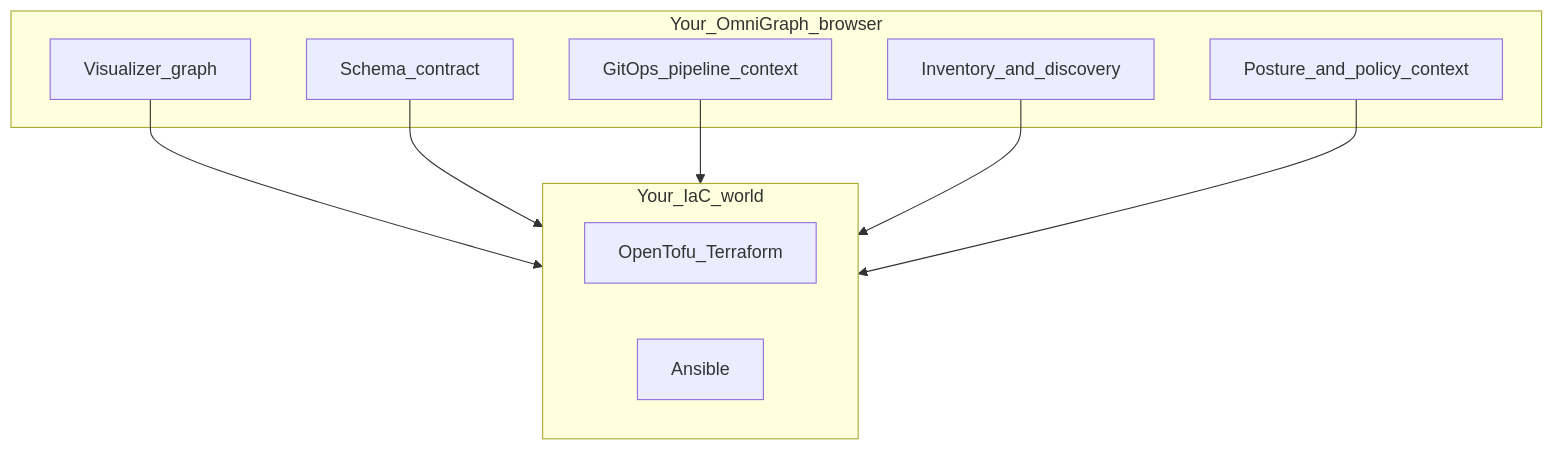
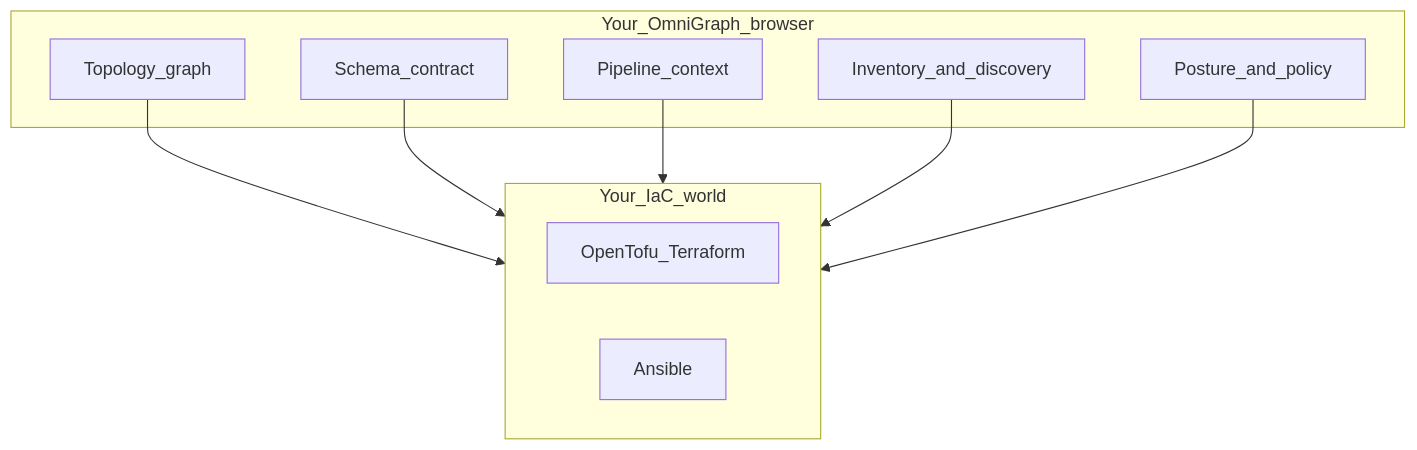
The first of 2 diagrams in README.md (kennetholsenatm-gif/OmniGraph), drawn with Mermaid before and after one commit. The commit also changed other lines of this file and 22 other files, not shown here.

````diff
--- a/README.md
+++ b/README.md
@@ -11,19 +11,19 @@
 ```mermaid
 flowchart TB
   subgraph og [Your_OmniGraph_browser]
-    V[Visualizer_graph]
+    T[Topology_graph]
     S[Schema_contract]
-    P[GitOps_pipeline_context]
+    P[Pipeline_context]
     I[Inventory_and_discovery]
-    U[Posture_and_policy_context]
+    U[Posture_and_policy]
   end
   subgraph stack [Your_IaC_world]
     TF[OpenTofu_Terraform]
     AN[Ansible]
   end
-  V --> stack
+  T --> stack
   S --> stack
   P --> stack
   I --> stack
   U --> stack
 ```
````
